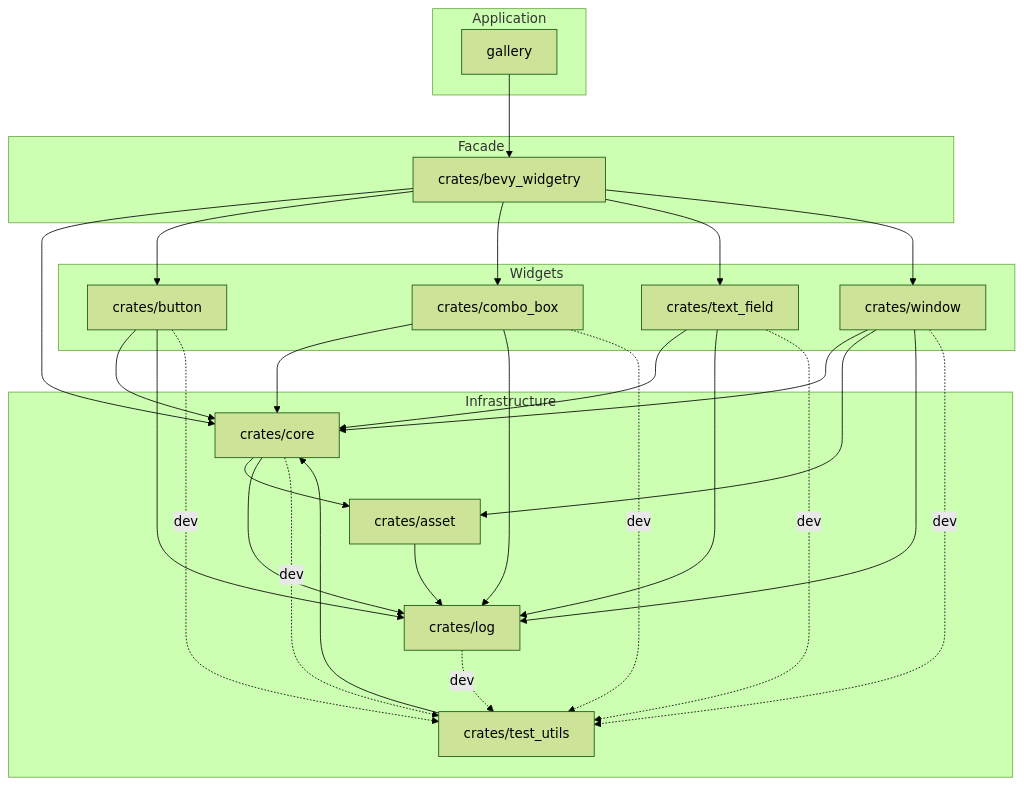
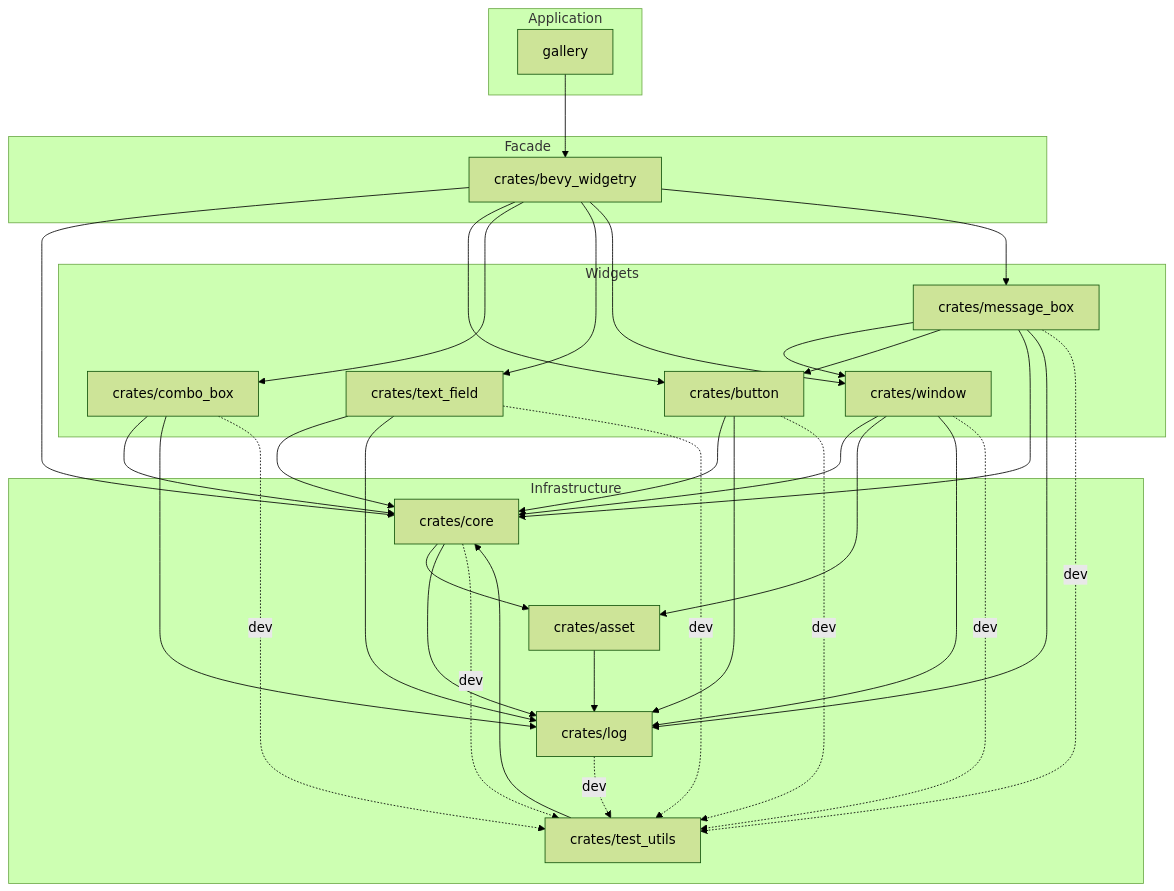
One commit to slc90/bevy_widgetry changed the diagram in docs/architecture.md. Above: the diagram before and after it, drawn with Mermaid (forest theme). The commit also changed other lines of this file and 25 other files, not shown here.

````diff
--- a/docs/architecture.md
+++ b/docs/architecture.md
@@ -94,54 +102,62 @@
 ```mermaid
 flowchart TD
     subgraph Application
         gallery["gallery"]
     end
 
     subgraph Facade
         widgetry["crates/bevy_widgetry"]
     end
 
     subgraph Widgets
         button["crates/button"]
         combo_box["crates/combo_box"]
         text_field["crates/text_field"]
         window["crates/window"]
+        message_box["crates/message_box"]
     end
 
     subgraph Infrastructure
         log["crates/log"]
         asset["crates/asset"]
         core["crates/core"]
         test_utils["crates/test_utils"]
     end
 
     gallery --> widgetry
 
     widgetry --> core
     widgetry --> button
     widgetry --> combo_box
     widgetry --> text_field
     widgetry --> window
+    widgetry --> message_box
+
+    message_box --> window
+    message_box --> button
+    message_box --> core
+    message_box --> log
 
     button --> core
     combo_box --> core
     text_field --> core
     window --> core
     window --> asset
     core --> asset
     asset --> log
     core --> log
     button --> log
     combo_box --> log
     text_field --> log
     window --> log
 
     test_utils --> core
 
     log -. dev .-> test_utils
     core -. dev .-> test_utils
     button -. dev .-> test_utils
     combo_box -. dev .-> test_utils
     text_field -. dev .-> test_utils
     window -. dev .-> test_utils
+    message_box -. dev .-> test_utils
 ```
````
